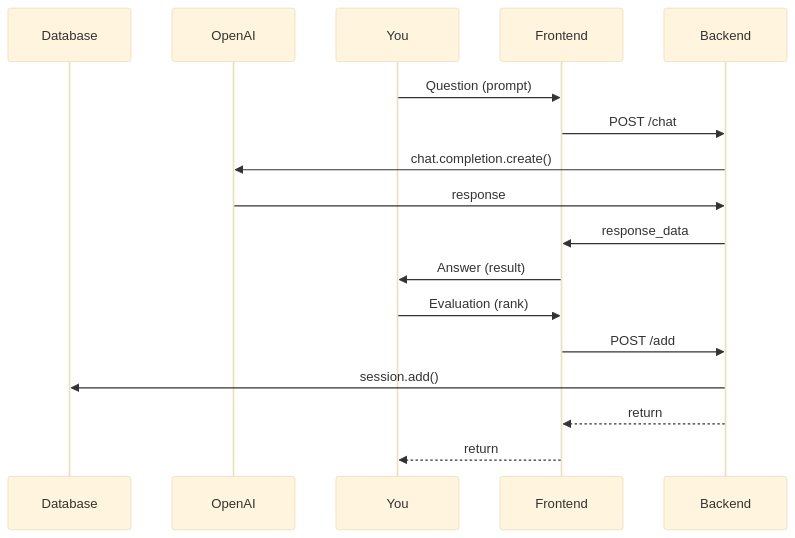
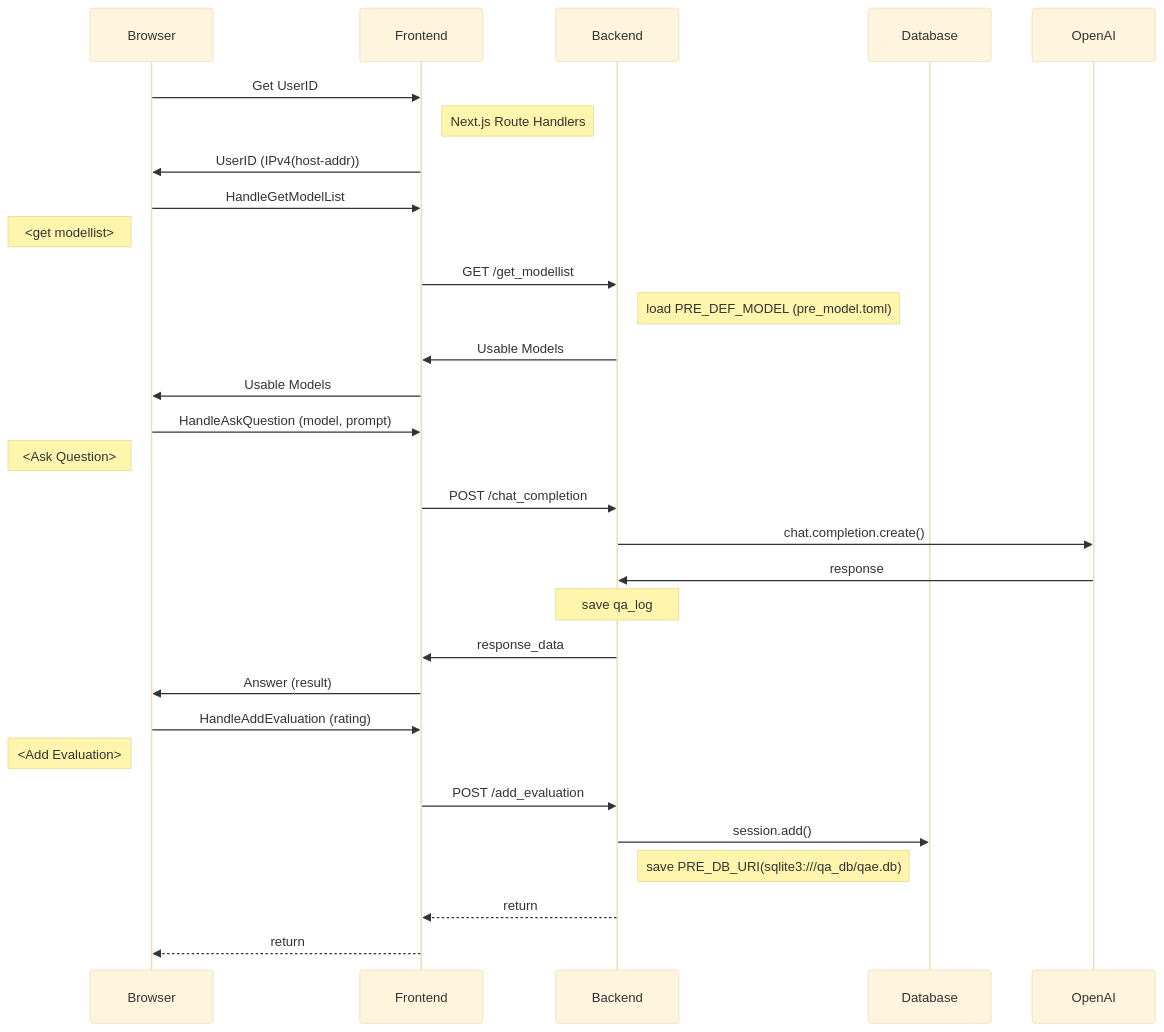
The diagram in README.md (Takashi-KK/qae), drawn with Mermaid (base theme) before and after one commit. The commit also changed other lines of this file and 46 other files, not shown here.

````diff
--- a/README.md
+++ b/README.md
@@ -22,16 +23,32 @@
 ```mermaid
 sequenceDiagram
+    participant Browser
+    participant Frontend
+    participant Backend
     participant Database
     participant OpenAI
-    You->>Frontend: Question (prompt)
-    Frontend->>Backend: POST /chat
+    Browser->>Frontend: Get UserID
+    Note right of Frontend: Next.js Route Handlers
+    Frontend->>Browser: UserID (IPv4(host-addr))
+    Browser->>Frontend: HandleGetModelList
+    Note left of Browser: <get modellist>
+    Frontend->>Backend: GET /get_modellist
+    Note right of Backend: load PRE_DEF_MODEL (pre_model.toml)
+    Backend->>Frontend: Usable Models
+    Frontend->>Browser: Usable Models
+    Browser->>Frontend: HandleAskQuestion (model, prompt)
+    Note left of Browser: <Ask Question>
+    Frontend->>Backend: POST /chat_completion
     Backend->>OpenAI: chat.completion.create()
     OpenAI->>Backend: response
+    Note over Backend: save qa_log
     Backend->>Frontend: response_data
-    Frontend->>You: Answer (result)
-    You->>Frontend: Evaluation (rank)
-    Frontend->>Backend: POST /add
+    Frontend->>Browser: Answer (result)
+    Browser->>Frontend: HandleAddEvaluation (rating)
+    Note left of Browser: <Add Evaluation>
+    Frontend->>Backend: POST /add_evaluation
     Backend->>Database: session.add()
+    Note right of Backend: save PRE_DB_URI(sqlite3:///qa_db/qae.db)
     Backend-->>Frontend: return
-    Frontend-->>You: return
+    Frontend-->>Browser: return
 ```
````
